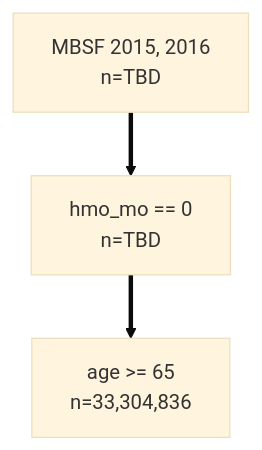
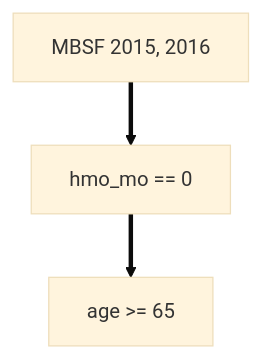
Before and after one commit to NSAPH-Projects/mcbs-mbsf-exploratory: the fourth of 4 diagrams in README.md, drawn with Mermaid (base theme). The commit also changed other lines of this file, not shown here.

````diff
--- a/README.md
+++ b/README.md
@@ -70,5 +99,5 @@
 ```mermaid
 flowchart TB
-    ID1[MBSF 2015, 2016 \n n=TBD]==>ID2[hmo_mo == 0 \n n=TBD]
-    ID2==>ID3[age >= 65 \n n=33,304,836]
+    ID1[MBSF 2015, 2016]==>ID2[hmo_mo == 0]
+    ID2==>ID3[age >= 65]
 ``` 
````
